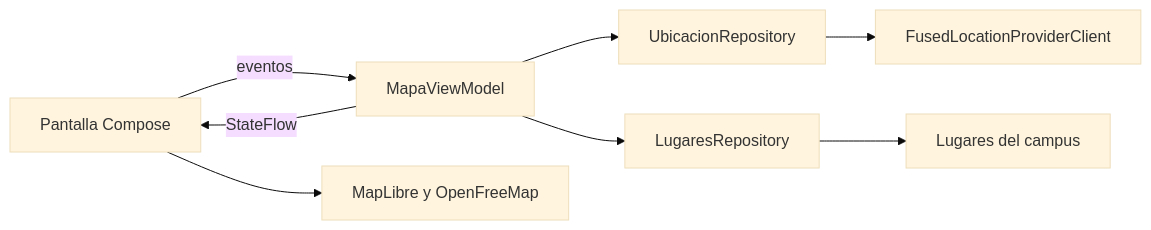
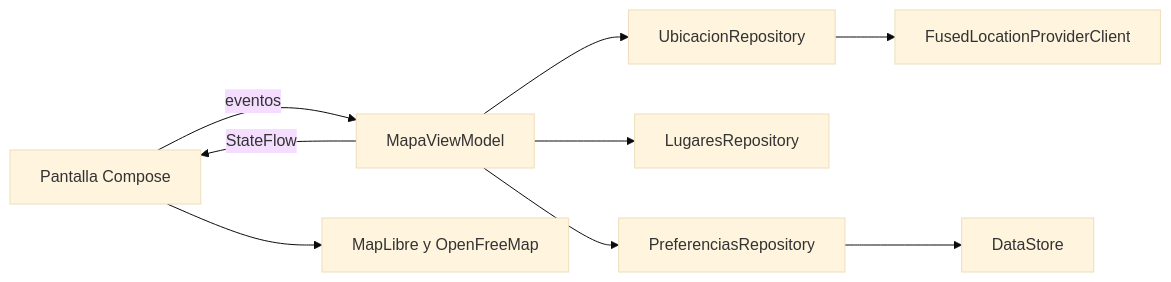
Before and after one commit to Daniellaln/CampusGPSLeon: the diagram in README.md, drawn with Mermaid (base theme). The commit also changed other lines of this file and 32 other files, not shown here.

````diff
--- a/README.md
+++ b/README.md
@@ -38,10 +46,11 @@
 ```mermaid
 flowchart LR
   UI[Pantalla Compose] -->|eventos| VM[MapaViewModel]
   VM -->|StateFlow| UI
   VM --> UR[UbicacionRepository]
   UR --> GPS[FusedLocationProviderClient]
   VM --> LR[LugaresRepository]
-  LR --> LOCAL[Lugares del campus]
+  VM --> PR[PreferenciasRepository]
+  PR --> DS[DataStore]
   UI --> MAPA[MapLibre y OpenFreeMap]
 ```
````
